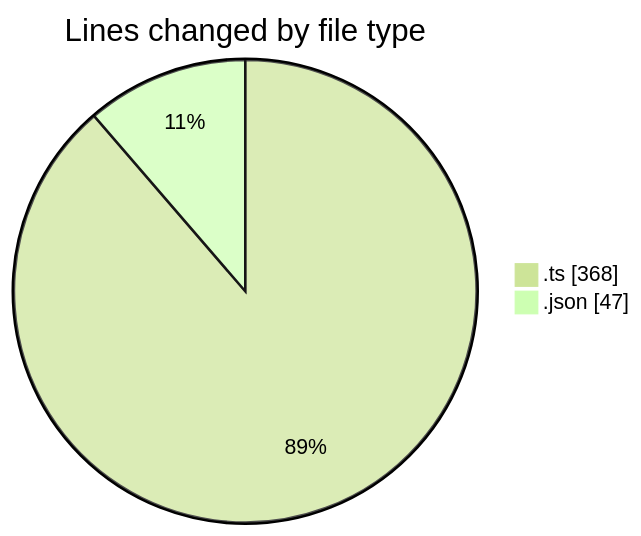
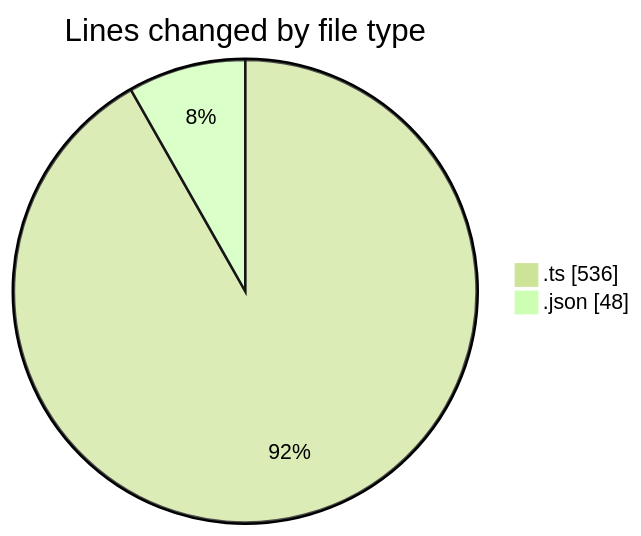
One commit to EIIisD/code-tracking changed the first of 2 diagrams in 2025-08-18/reflect-mcp-bun/README.md. Above: the diagram before and after it, drawn with Mermaid (forest theme). The commit also changed other lines of this file and 1 other file, not shown here.

````diff
--- a/2025-08-18/reflect-mcp-bun/README.md
+++ b/2025-08-18/reflect-mcp-bun/README.md
@@ -23,6 +23,6 @@
 ```mermaid
 pie showData
 title Lines changed by file type
-".ts" : 368
-".json" : 47
+".ts" : 536
+".json" : 48
 ```
````
